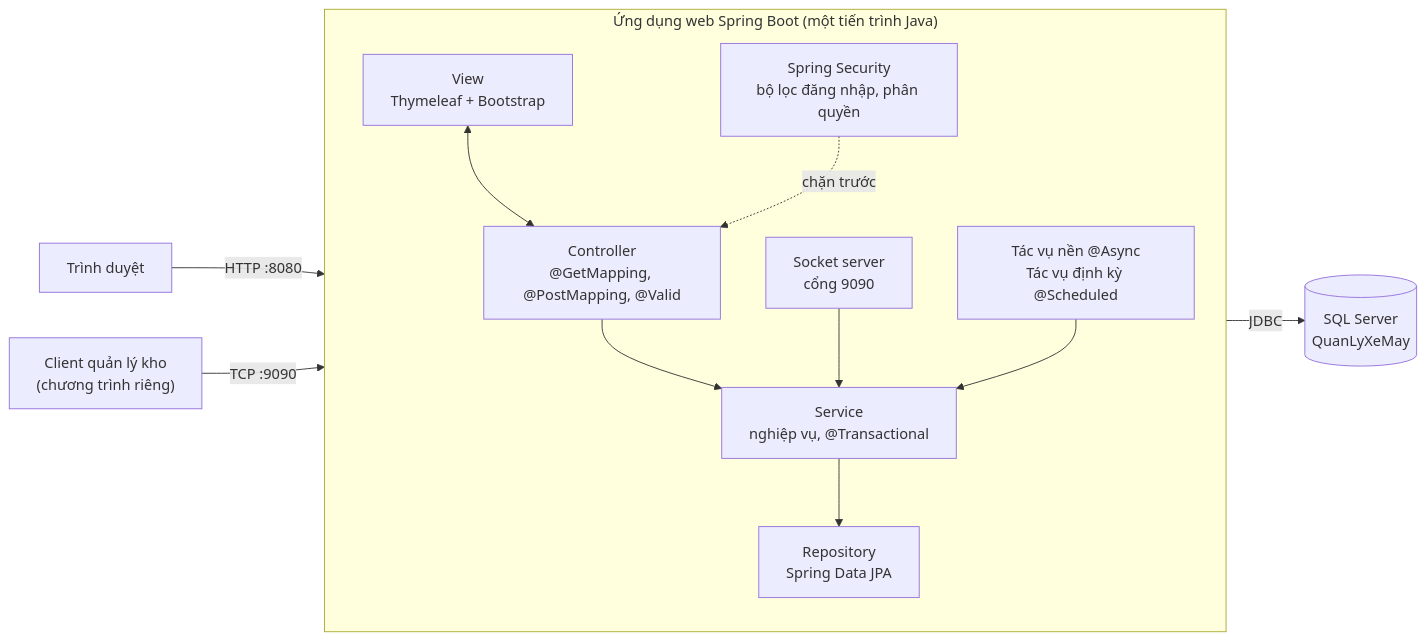
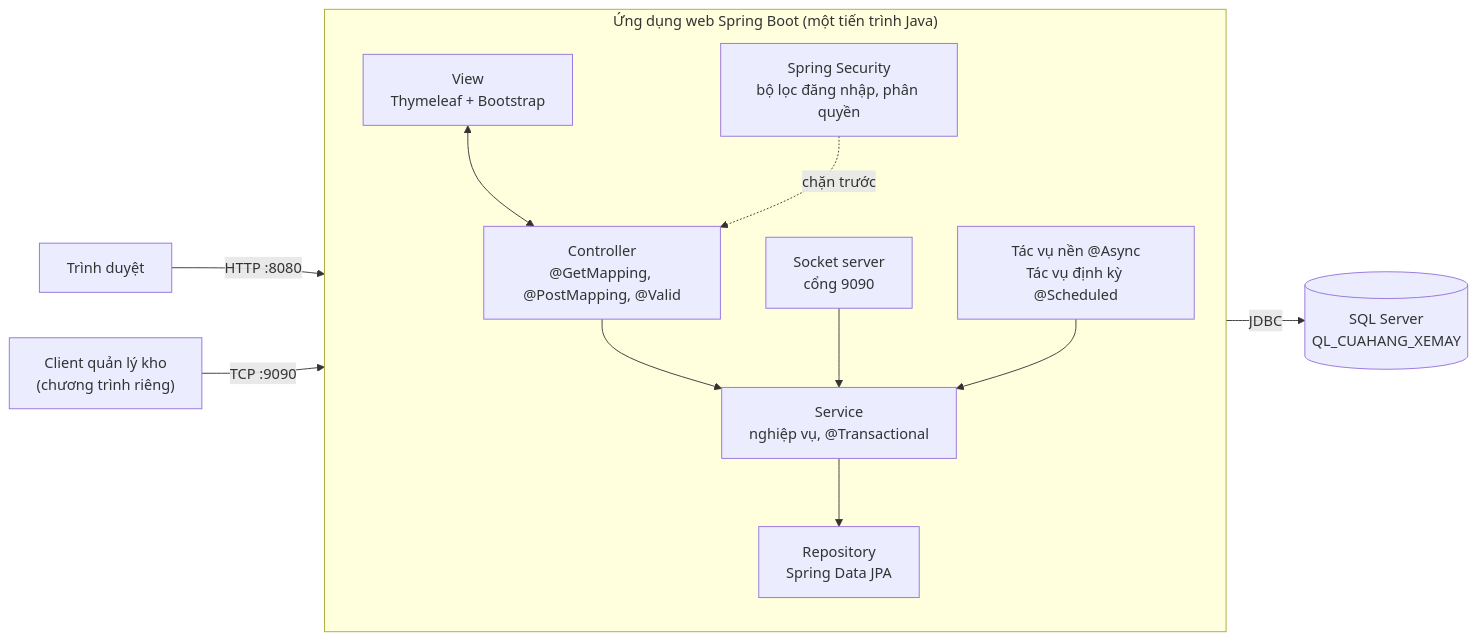
One commit to McModCoding/Doan-Java changed the first of 5 diagrams in docs/thiet-ke-dong-thoi-va-mang.md. Above: the diagram before and after it, drawn with Mermaid. The commit also changed other lines of this file and 12 other files, not shown here.

````diff
--- a/docs/thiet-ke-dong-thoi-va-mang.md
+++ b/docs/thiet-ke-dong-thoi-va-mang.md
@@ -9,15 +9,15 @@
 ```mermaid
 flowchart LR
     subgraph APP["Ứng dụng web Spring Boot (một tiến trình Java)"]
         direction TB
         V["View<br/>Thymeleaf + Bootstrap"] <--> C["Controller<br/>@GetMapping, @PostMapping, @Valid"]
         C --> S["Service<br/>nghiệp vụ, @Transactional"]
         S --> R["Repository<br/>Spring Data JPA"]
         SEC["Spring Security<br/>bộ lọc đăng nhập, phân quyền"] -. chặn trước .-> C
         SK["Socket server<br/>cổng 9090"] --> S
         BG["Tác vụ nền @Async<br/>Tác vụ định kỳ @Scheduled"] --> S
     end
     B["Trình duyệt"] -->|"HTTP :8080"| SEC
     CL["Client quản lý kho<br/>(chương trình riêng)"] -->|"TCP :9090"| SK
-    R -->|JDBC| DB[("SQL Server<br/>QuanLyXeMay")]
+    R -->|JDBC| DB[("SQL Server<br/>QL_CUAHANG_XEMAY")]
 ```
````
